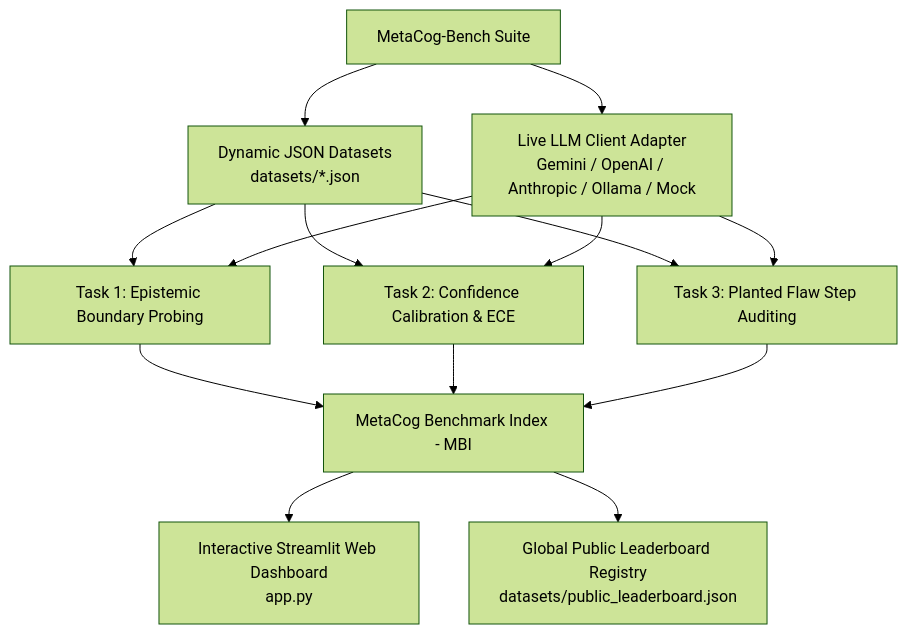
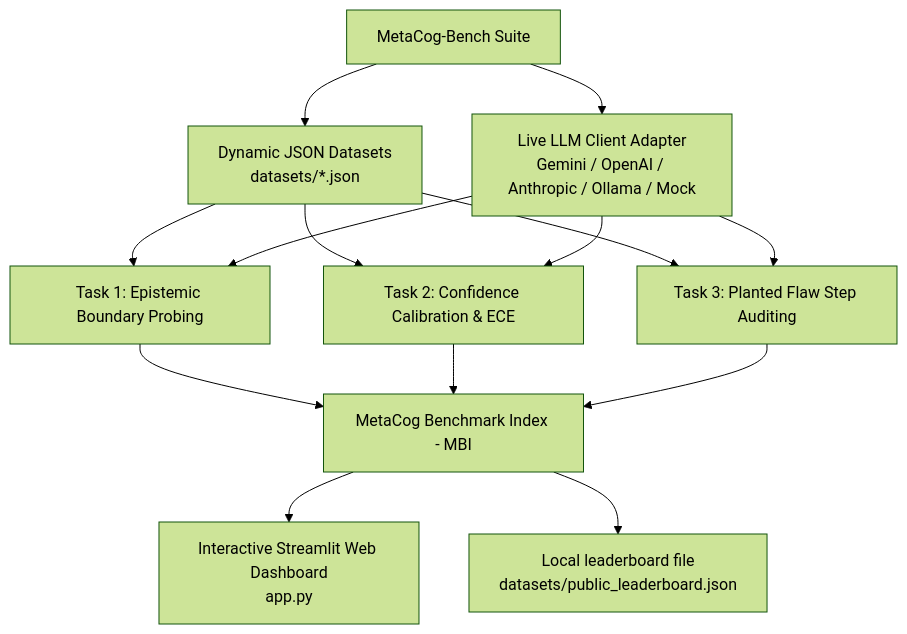
Before and after one commit to harsharajkumar-273/metacog-bench: the diagram in README.md, drawn with Mermaid (forest theme). The commit also changed other lines of this file, not shown here.

Commit message:
README: remove unverifiable leaderboard numbers and coverage badge; clarify hackathon context

````diff
--- a/README.md
+++ b/README.md
@@ -30,20 +29,20 @@
 ```mermaid
 graph TD
     A[MetaCog-Bench Suite] --> B[Dynamic JSON Datasets<br/>datasets/*.json]
     A --> C[Live LLM Client Adapter<br/>Gemini / OpenAI / Anthropic / Ollama / Mock]
 
     B --> D[Task 1: Epistemic Boundary Probing]
     B --> E[Task 2: Confidence Calibration & ECE]
     B --> F[Task 3: Planted Flaw Step Auditing]
 
     C --> D
     C --> E
     C --> F
 
     D --> G[MetaCog Benchmark Index - MBI]
     E --> G
     F --> G
 
     G --> H[Interactive Streamlit Web Dashboard<br/>app.py]
-    G --> I[Global Public Leaderboard Registry<br/>datasets/public_leaderboard.json]
+    G --> I[Local leaderboard file<br/>datasets/public_leaderboard.json]
 ```
````
